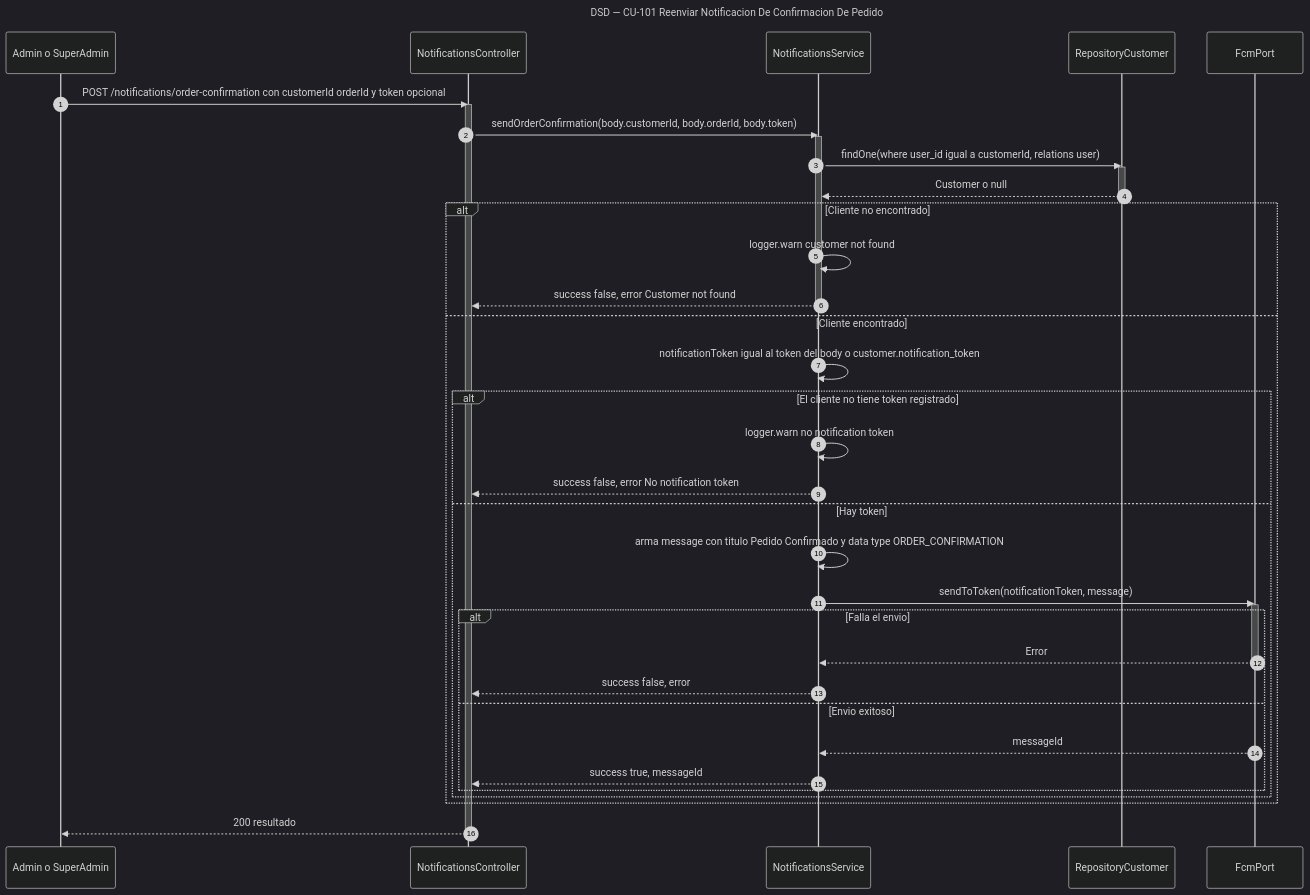
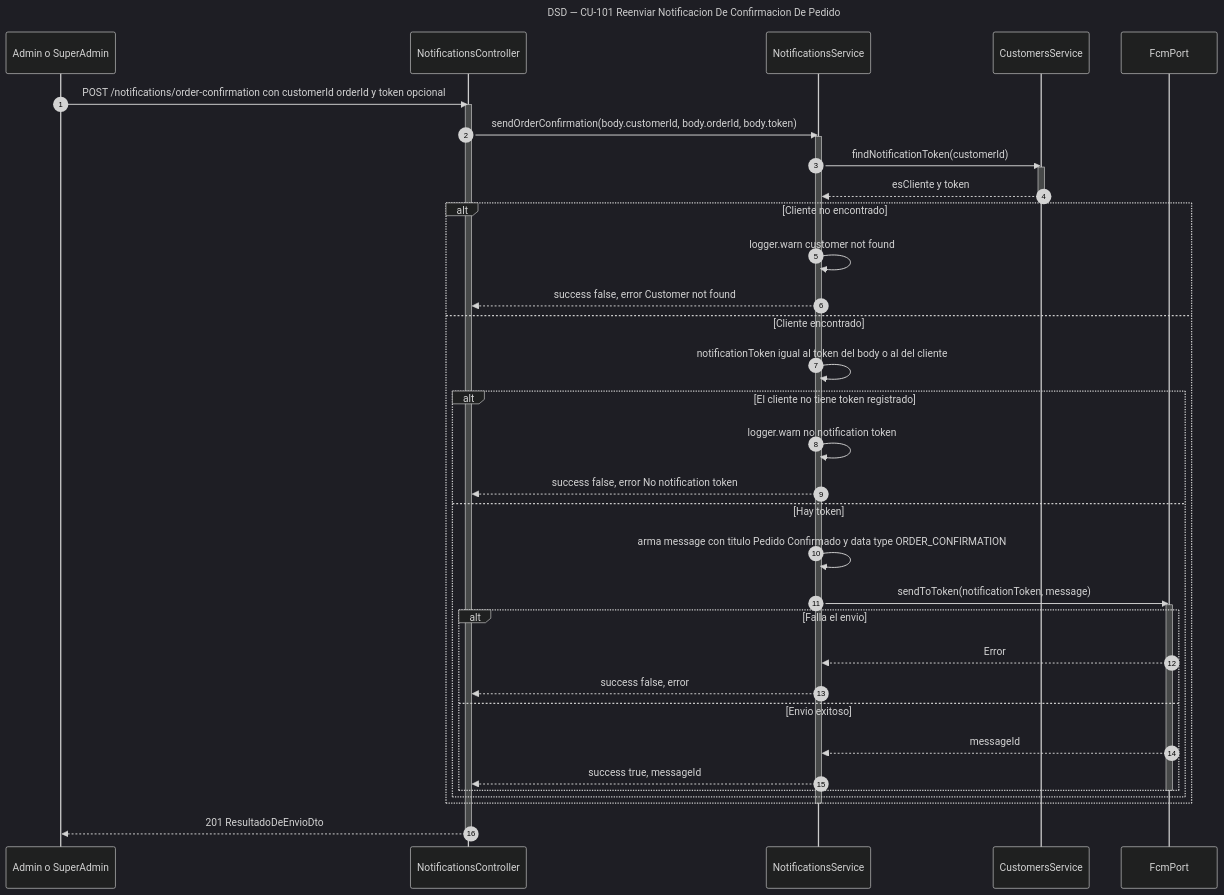
The diagram in diagramas/DSD_CU-101_Reenviar-Notificacion-De-Confirmacion-De-Pedido.mmd (Nahuelito-Dev/splg-docs), drawn with Mermaid (dark theme) before and after one commit. The commit also changed 5 other files, not shown here.

First line of the commit message:
docs(dsd): notificaciones por CustomersService y DeliveryService; CU-021 con la identidad del socket

```diff
--- a/diagramas/DSD_CU-101_Reenviar-Notificacion-De-Confirmacion-De-Pedido.mmd
+++ b/diagramas/DSD_CU-101_Reenviar-Notificacion-De-Confirmacion-De-Pedido.mmd
@@ -1,42 +1,42 @@
 sequenceDiagram
     title DSD — CU-101 Reenviar Notificacion De Confirmacion De Pedido
     autonumber
     participant ADM as Admin o SuperAdmin
     participant CTRL as NotificationsController
     participant SRV as NotificationsService
-    participant CREP as RepositoryCustomer
+    participant CSRV as CustomersService
     participant FCM as FcmPort
 
     ADM->>CTRL: POST /notifications/order-confirmation con customerId orderId y token opcional
     activate CTRL
     CTRL->>SRV: sendOrderConfirmation(body.customerId, body.orderId, body.token)
     activate SRV
-    SRV->>CREP: findOne(where user_id igual a customerId, relations user)
-    activate CREP
-    CREP-->>SRV: Customer o null
-    deactivate CREP
+    SRV->>CSRV: findNotificationToken(customerId)
+    activate CSRV
+    CSRV-->>SRV: esCliente y token
+    deactivate CSRV
     alt Cliente no encontrado
         SRV->>SRV: logger.warn customer not found
         SRV-->>CTRL: success false, error Customer not found
-        deactivate SRV
     else Cliente encontrado
-        SRV->>SRV: notificationToken igual al token del body o customer.notification_token
+        SRV->>SRV: notificationToken igual al token del body o al del cliente
         alt El cliente no tiene token registrado
             SRV->>SRV: logger.warn no notification token
             SRV-->>CTRL: success false, error No notification token
         else Hay token
             SRV->>SRV: arma message con titulo Pedido Confirmado y data type ORDER_CONFIRMATION
             SRV->>FCM: sendToToken(notificationToken, message)
             activate FCM
             alt Falla el envio
                 FCM-->>SRV: Error
-                deactivate FCM
                 SRV-->>CTRL: success false, error
             else Envio exitoso
                 FCM-->>SRV: messageId
                 SRV-->>CTRL: success true, messageId
             end
+            deactivate FCM
         end
     end
-    CTRL-->>ADM: 200 resultado
+    deactivate SRV
+    CTRL-->>ADM: 201 ResultadoDeEnvioDto
     deactivate CTRL
```
